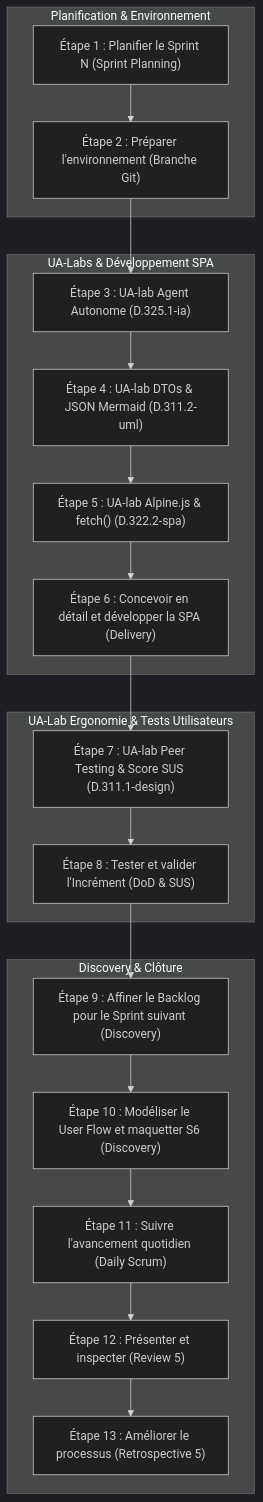
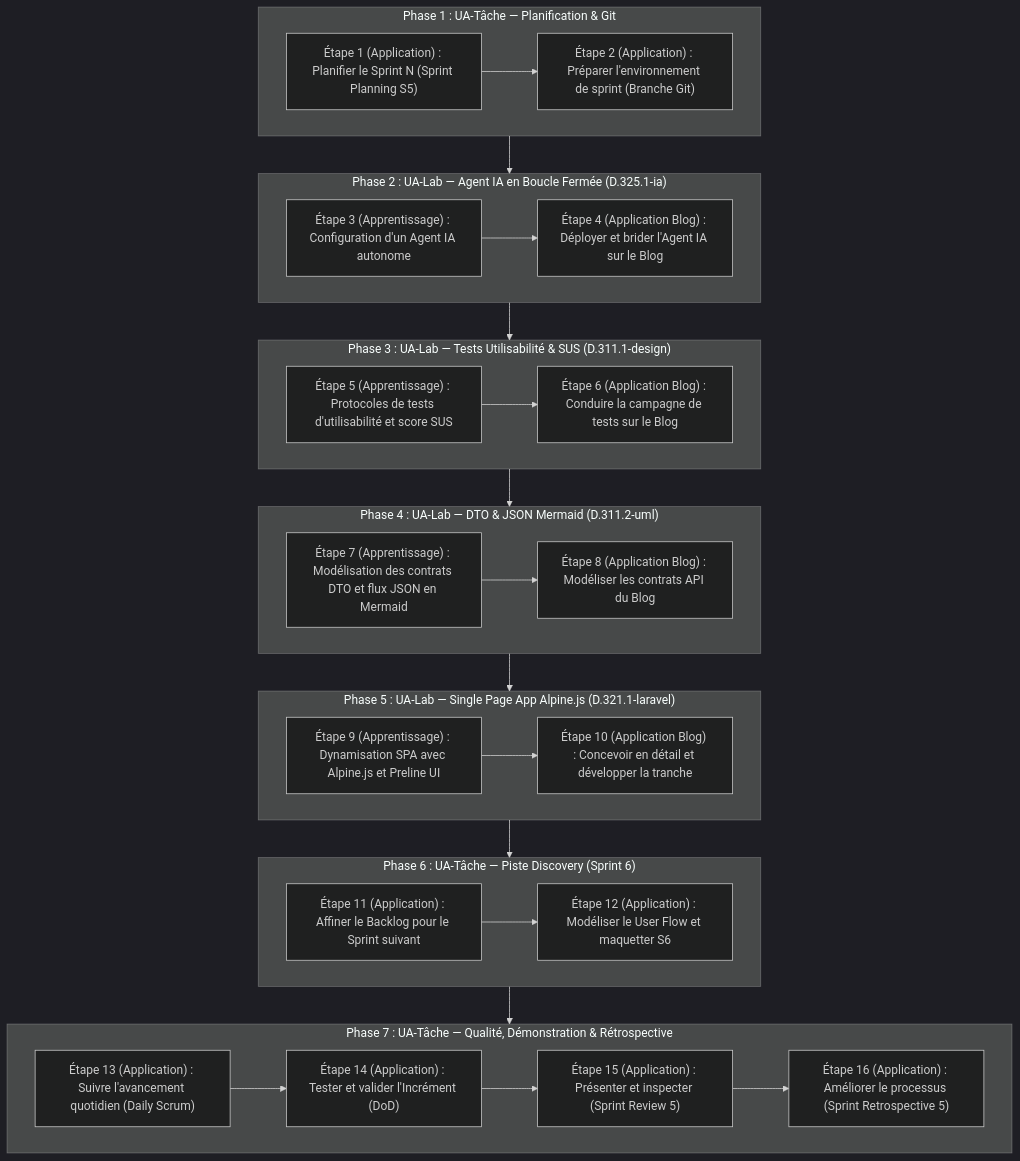
The diagram in flux-travail/sessions/flux-travail-s5.md (labs-web/projet-imiation-n3), drawn with Mermaid (dark theme) before and after one commit. The commit also changed other lines of this file and 12 other files, not shown here.

````diff
--- a/flux-travail/sessions/flux-travail-s5.md
+++ b/flux-travail/sessions/flux-travail-s5.md
@@ -63,26 +57,48 @@
 ```mermaid
 flowchart TD
-    subgraph S5_Prep ["Planification & Environnement"]
-        R1["Étape 1 : Planifier le Sprint N (Sprint Planning)"] --> R2["Étape 2 : Préparer l'environnement (Branche Git)"]
+    subgraph P1 ["Phase 1 : UA-Tâche — Planification & Git"]
+        E1["Étape 1 (Application) : Planifier le Sprint N (Sprint Planning S5)"]
+        E2["Étape 2 (Application) : Préparer l'environnement de sprint (Branche Git)"]
+        E1 --> E2
     end
 
-    subgraph S5_Dev ["UA-Labs & Développement SPA"]
-        R2 --> U1["Étape 3 : UA-lab Agent Autonome (D.325.1-ia)"]
-        U1 --> U2["Étape 4 : UA-lab DTOs & JSON Mermaid (D.311.2-uml)"]
-        U2 --> U3["Étape 5 : UA-lab Alpine.js & fetch() (D.322.2-spa)"]
-        U3 --> R3["Étape 6 : Concevoir en détail et développer la SPA (Delivery)"]
+    subgraph P2 ["Phase 2 : UA-Lab — Agent IA en Boucle Fermée (D.325.1-ia)"]
+        E3["Étape 3 (Apprentissage) : Configuration d'un Agent IA autonome"]
+        E4["Étape 4 (Application Blog) : Déployer et brider l'Agent IA sur le Blog"]
+        E3 --> E4
     end
 
-    subgraph S5_Test ["UA-Lab Ergonomie & Tests Utilisateurs"]
-        R3 --> U4["Étape 7 : UA-lab Peer Testing & Score SUS (D.311.1-design)"]
-        U4 --> R4["Étape 8 : Tester et valider l'Incrément (DoD & SUS)"]
+    subgraph P3 ["Phase 3 : UA-Lab — Tests Utilisabilité & SUS (D.311.1-design)"]
+        E5["Étape 5 (Apprentissage) : Protocoles de tests d'utilisabilité et score SUS"]
+        E6["Étape 6 (Application Blog) : Conduire la campagne de tests sur le Blog"]
+        E5 --> E6
     end
 
-    subgraph S5_End ["Discovery & Clôture"]
-        R4 --> R5["Étape 9 : Affiner le Backlog pour le Sprint suivant (Discovery)"]
-        R5 --> R6["Étape 10 : Modéliser le User Flow et maquetter S6 (Discovery)"]
-        R6 --> R7["Étape 11 : Suivre l'avancement quotidien (Daily Scrum)"]
-        R7 --> R8["Étape 12 : Présenter et inspecter (Review 5)"]
-        R8 --> R9["Étape 13 : Améliorer le processus (Retrospective 5)"]
+    subgraph P4 ["Phase 4 : UA-Lab — DTO & JSON Mermaid (D.311.2-uml)"]
+        E7["Étape 7 (Apprentissage) : Modélisation des contrats DTO et flux JSON en Mermaid"]
+        E8["Étape 8 (Application Blog) : Modéliser les contrats API du Blog"]
+        E7 --> E8
     end
+
+    subgraph P5 ["Phase 5 : UA-Lab — Single Page App Alpine.js (D.321.1-laravel)"]
+        E9["Étape 9 (Apprentissage) : Dynamisation SPA avec Alpine.js et Preline UI"]
+        E10["Étape 10 (Application Blog) : Concevoir en détail et développer la tranche"]
+        E9 --> E10
+    end
+
+    subgraph P6 ["Phase 6 : UA-Tâche — Piste Discovery (Sprint 6)"]
+        E11["Étape 11 (Application) : Affiner le Backlog pour le Sprint suivant"]
+        E12["Étape 12 (Application) : Modéliser le User Flow et maquetter S6"]
+        E11 --> E12
+    end
+
+    subgraph P7 ["Phase 7 : UA-Tâche — Qualité, Démonstration & Rétrospective"]
+        E13["Étape 13 (Application) : Suivre l'avancement quotidien (Daily Scrum)"]
+        E14["Étape 14 (Application) : Tester et valider l'Incrément (DoD)"]
+        E15["Étape 15 (Application) : Présenter et inspecter (Sprint Review 5)"]
+        E16["Étape 16 (Application) : Améliorer le processus (Sprint Retrospective 5)"]
+        E13 --> E14 --> E15 --> E16
+    end
+
+    P1 --> P2 --> P3 --> P4 --> P5 --> P6 --> P7
 ```
````
